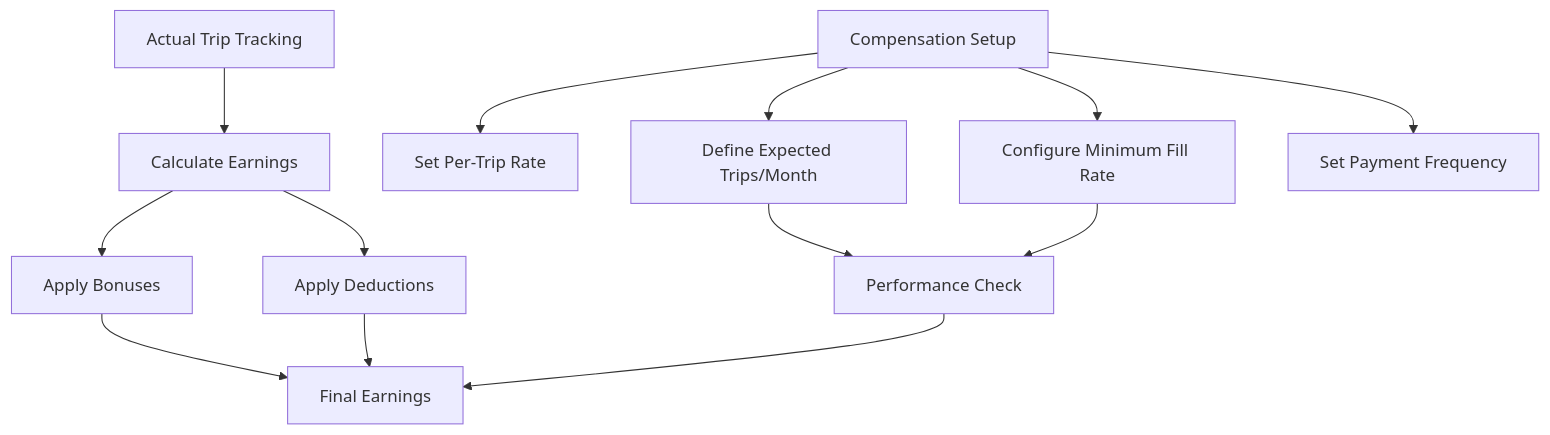
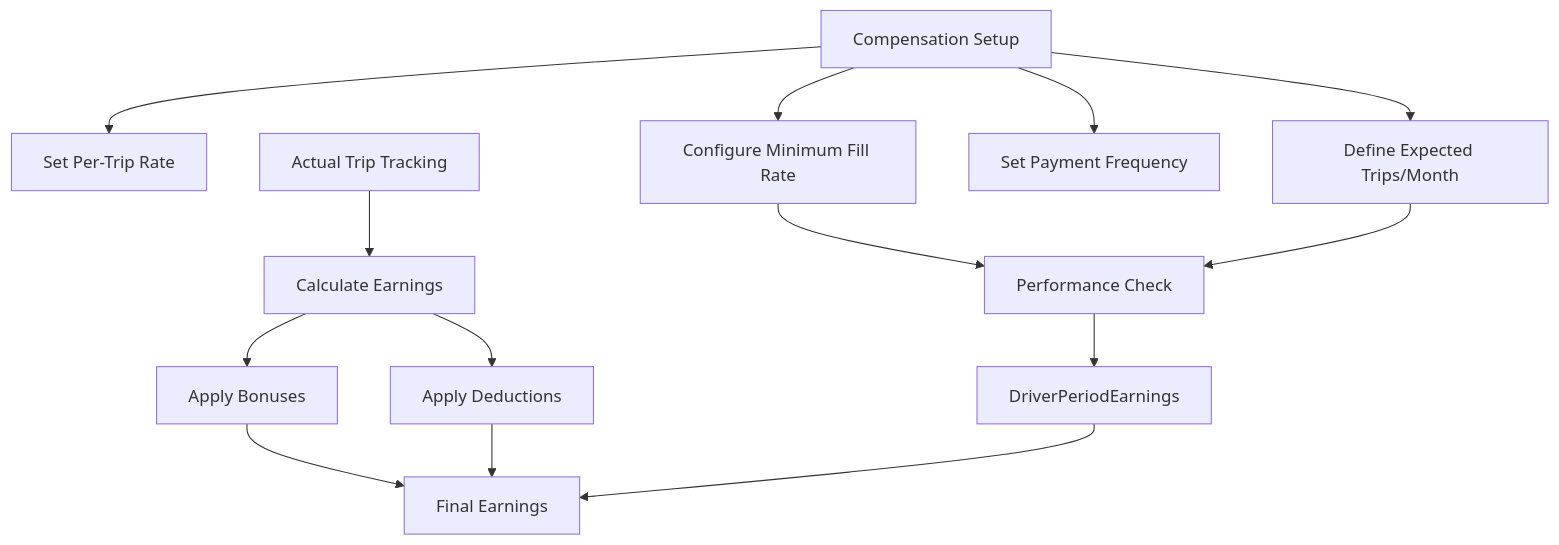
The ninth of 10 diagrams in .qoder/repowiki/en/content/Business Modules/Fleet Management.md (Lazynerd-Studios/lacarte-atlas-console), drawn with Mermaid before and after one commit. The commit also changed other lines of this file and 17 other files, not shown here.

````diff
--- a/.qoder/repowiki/en/content/Business Modules/Fleet Management.md
+++ b/.qoder/repowiki/en/content/Business Modules/Fleet Management.md
@@ -455,15 +510,16 @@
 ```mermaid
 flowchart TD
 CompSetup["Compensation Setup"] --> PerTripRate["Set Per-Trip Rate"]
 CompSetup --> ExpectedTrips["Define Expected Trips/Month"]
 CompSetup --> MinFillRate["Configure Minimum Fill Rate"]
 CompSetup --> PaymentFreq["Set Payment Frequency"]
 ActualTrips["Actual Trip Tracking"] --> EarningsCalc["Calculate Earnings"]
 EarningsCalc --> BonusAdj["Apply Bonuses"]
 EarningsCalc --> DeductionAdj["Apply Deductions"]
 BonusAdj --> FinalEarnings["Final Earnings"]
 DeductionAdj --> FinalEarnings
 MinFillRate --> PerformanceCheck["Performance Check"]
 ExpectedTrips --> PerformanceCheck
-PerformanceCheck --> FinalEarnings
+PerformanceCheck --> PeriodEarnings["DriverPeriodEarnings"]
+PeriodEarnings --> FinalEarnings
 ```
````
